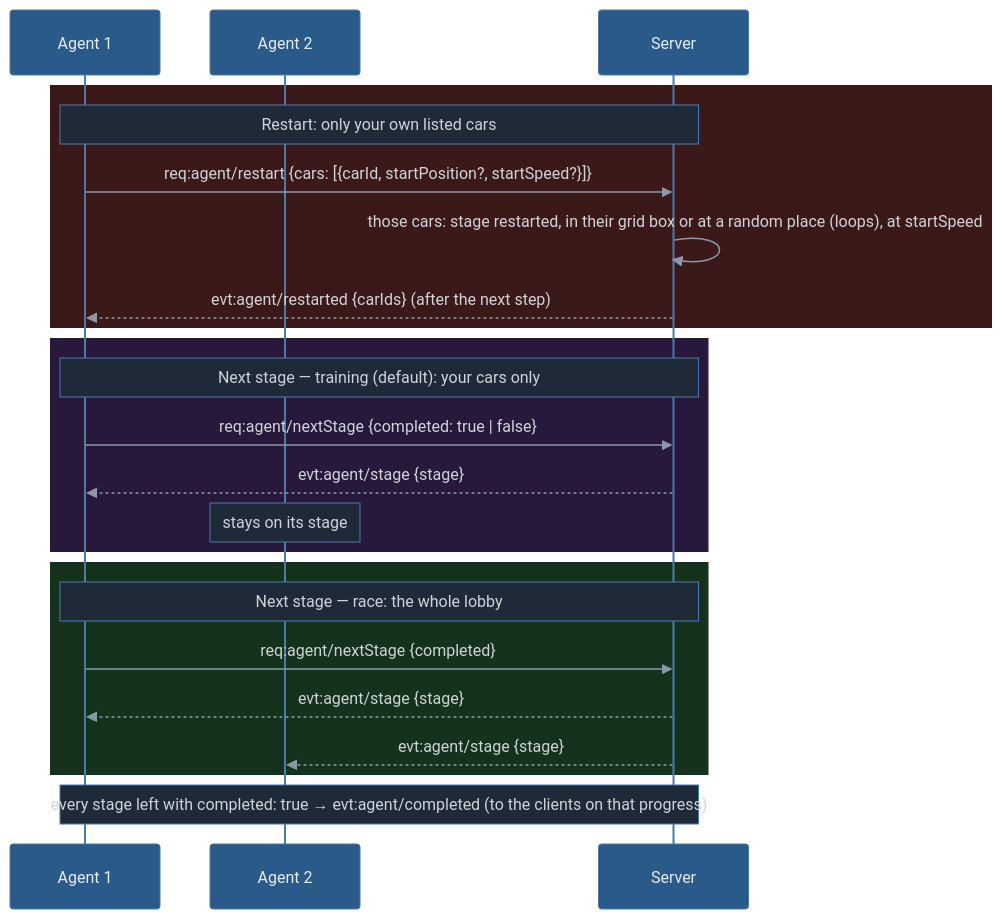
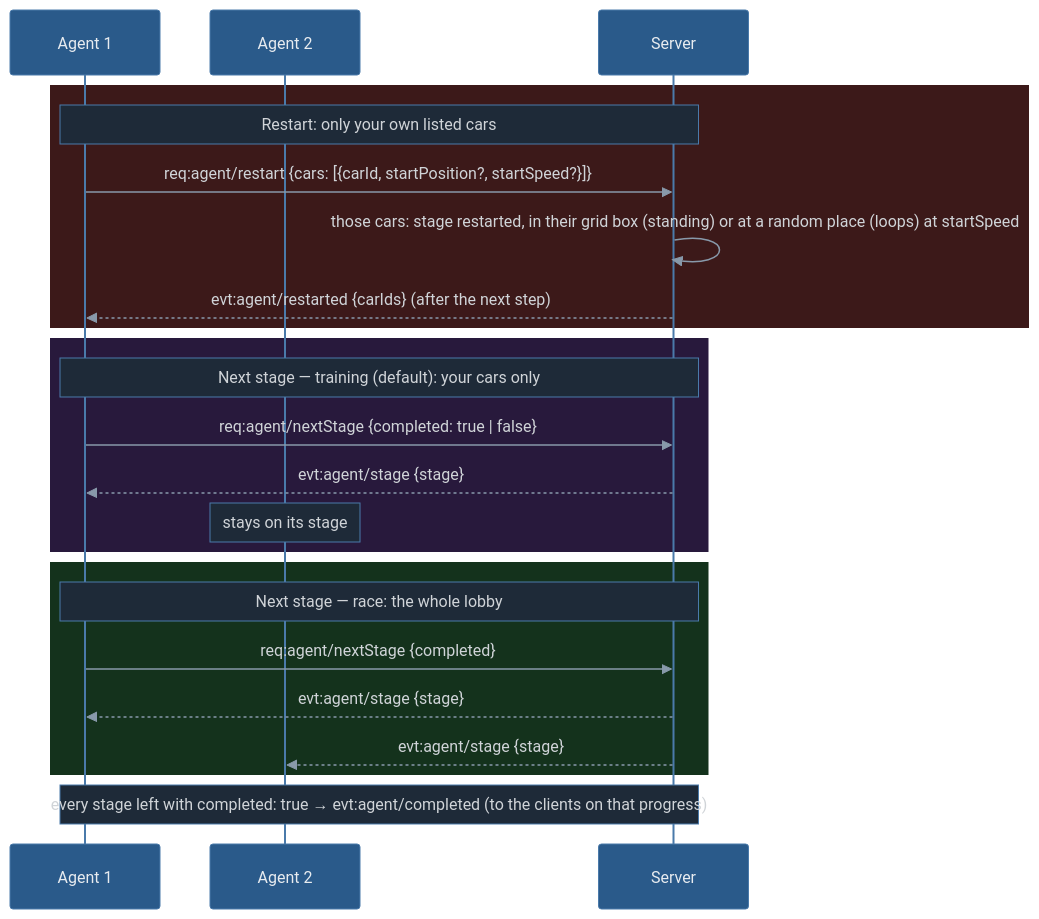
Before and after one commit to RamboRoland/formulai: the third of 4 diagrams in .personal/websocket.md, drawn with Mermaid. The commit also changed 7 other files, not shown here.

First line of the commit message:
fix(server): start a restarted car standing in its grid box

````diff
--- a/.personal/websocket.md
+++ b/.personal/websocket.md
@@ -129,30 +129,30 @@
 ```mermaid
 %%{init: {'theme': 'base', 'themeVariables': {'background': 'transparent', 'primaryColor': '#2a5a8a', 'primaryTextColor': '#e0e0e0', 'primaryBorderColor': '#4a7aaa', 'lineColor': '#8899aa', 'signalColor': '#8899aa', 'signalTextColor': '#d0d4d8', 'noteTextColor': '#d0d4d8', 'noteBkgColor': '#1e2a38', 'noteBorderColor': '#4a7aaa', 'actorBkg': '#2a5a8a', 'actorTextColor': '#e8ecf0', 'actorBorder': '#4a7aaa', 'labelTextColor': '#e0e0e0', 'loopTextColor': '#e0e0e0', 'labelBoxBkgColor': '#2a5a8a', 'labelBoxBorderColor': '#4a7aaa', 'activationBkgColor': '#1e2a38', 'activationBorderColor': '#4a7aaa'}}}%%
 sequenceDiagram
     participant A1 as Agent 1
     participant A2 as Agent 2
     participant S as Server
 
     rect rgb(60, 25, 25)
         Note over A1,S: Restart: only your own listed cars
         A1->>S: req:agent/restart {cars: [{carId, startPosition?, startSpeed?}]}
-        S->>S: those cars: stage restarted, in their grid box or at a random place (loops), at startSpeed
+        S->>S: those cars: stage restarted, in their grid box (standing) or at a random place (loops) at startSpeed
         S-->>A1: evt:agent/restarted {carIds} (after the next step)
     end
 
     rect rgb(40, 25, 60)
         Note over A1,S: Next stage — training (default): your cars only
         A1->>S: req:agent/nextStage {completed: true | false}
         S-->>A1: evt:agent/stage {stage}
         Note over A2: stays on its stage
     end
 
     rect rgb(20, 50, 28)
         Note over A1,S: Next stage — race: the whole lobby
         A1->>S: req:agent/nextStage {completed}
         S-->>A1: evt:agent/stage {stage}
         S-->>A2: evt:agent/stage {stage}
     end
 
     Note over A1,S: every stage left with completed: true → evt:agent/completed (to the clients on that progress)
 ```
````
